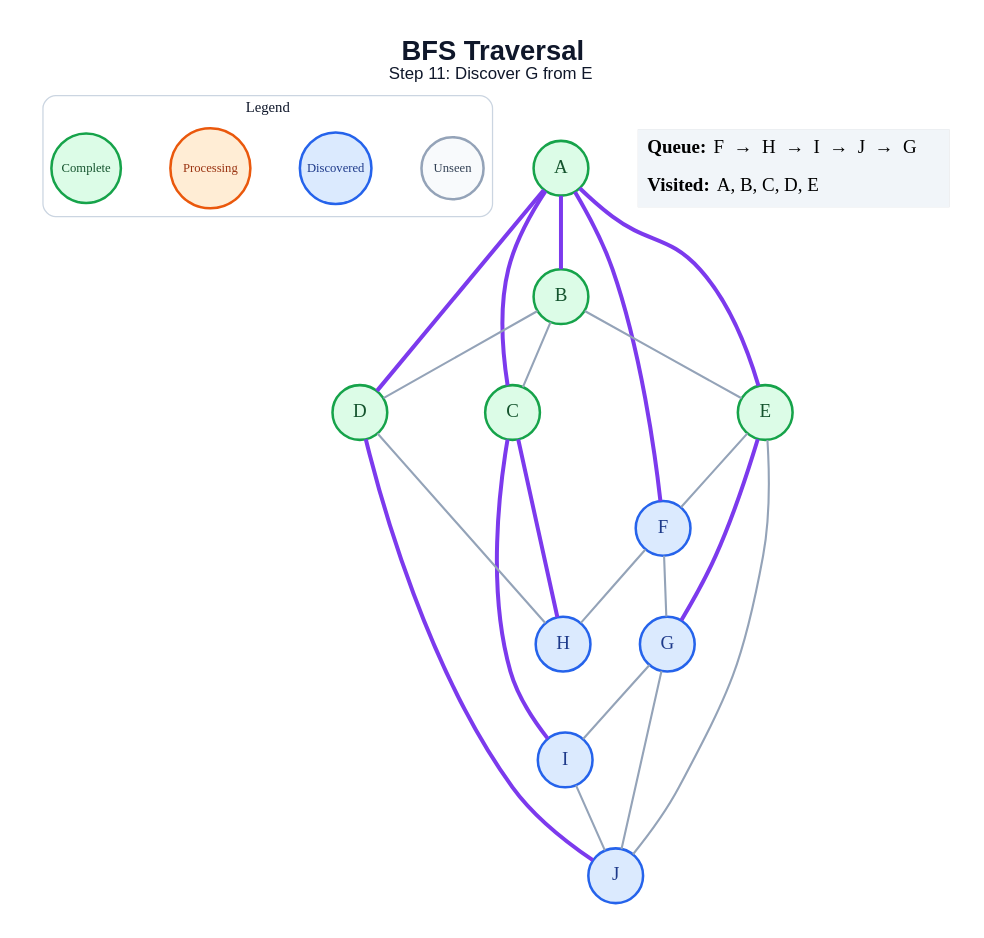
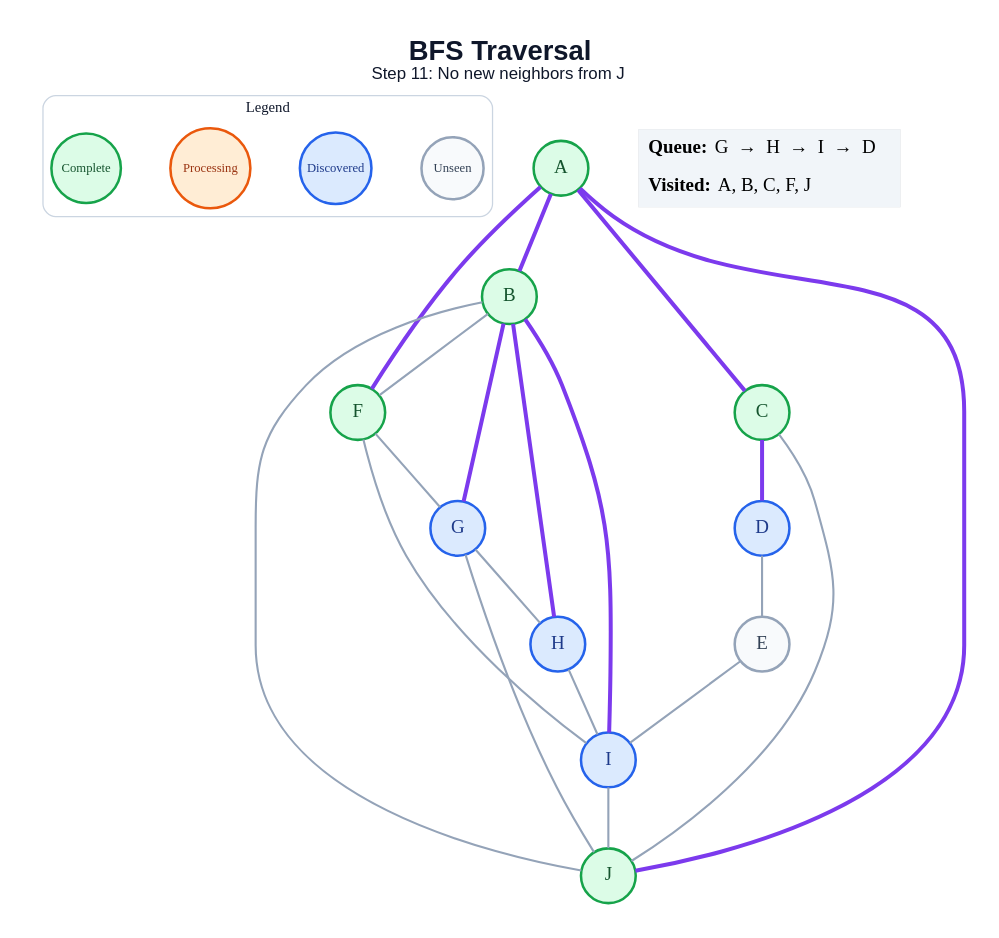
The diagram in generated/bfs/step_11.dot (amanghodawala9/ai-slop), drawn with Graphviz before and after one commit. The commit also changed 178 other files, not shown here.

```diff
--- a/generated/bfs/step_11.dot
+++ b/generated/bfs/step_11.dot
@@ -1,49 +1,48 @@
 graph traversal {
   graph [layout=dot, rankdir=TB, bgcolor="#FFFFFF", pad="0.35", nodesep="0.65", ranksep="0.8", fontname="Arial"];
   node [shape=circle, style="filled", fontname="Arial Bold", fontsize=18, width=0.72, fixedsize=true, penwidth=2.4];
   edge [color="#94A3B8", penwidth=2.0];
-  label=<<B>BFS Traversal</B><BR/><FONT POINT-SIZE="16">Step 11: Discover G from E</FONT>>; labelloc="t"; fontsize=26; fontname="Arial"; fontcolor="#0F172A";
+  label=<<B>BFS Traversal</B><BR/><FONT POINT-SIZE="16">Step 11: No new neighbors from J</FONT>>; labelloc="t"; fontsize=26; fontname="Arial"; fontcolor="#0F172A";
   subgraph cluster_legend { label="Legend"; color="#CBD5E1"; penwidth=1.2; style="rounded"; fontsize=14; fontname="Arial Bold";
     key_unseen [label="Unseen", fillcolor="#F8FAFC", color="#94A3B8", fontcolor="#334155", fontsize=12, width=0.82];
     key_frontier [label="Discovered", fillcolor="#DBEAFE", color="#2563EB", fontcolor="#1E3A8A", fontsize=12, width=0.95];
     key_current [label="Processing", fillcolor="#FFEDD5", color="#EA580C", fontcolor="#9A3412", fontsize=12, width=1.05];
     key_done [label="Complete", fillcolor="#DCFCE7", color="#16A34A", fontcolor="#14532D", fontsize=12, width=0.92];
     { rank=same; key_unseen; key_frontier; key_current; key_done; }
   }
   A [fillcolor="#DCFCE7", color="#16A34A", fontcolor="#14532D"];
   B [fillcolor="#DCFCE7", color="#16A34A", fontcolor="#14532D"];
   C [fillcolor="#DCFCE7", color="#16A34A", fontcolor="#14532D"];
-  D [fillcolor="#DCFCE7", color="#16A34A", fontcolor="#14532D"];
-  E [fillcolor="#DCFCE7", color="#16A34A", fontcolor="#14532D"];
-  F [fillcolor="#DBEAFE", color="#2563EB", fontcolor="#1E3A8A"];
+  D [fillcolor="#DBEAFE", color="#2563EB", fontcolor="#1E3A8A"];
+  E [fillcolor="#F8FAFC", color="#94A3B8", fontcolor="#334155"];
+  F [fillcolor="#DCFCE7", color="#16A34A", fontcolor="#14532D"];
   G [fillcolor="#DBEAFE", color="#2563EB", fontcolor="#1E3A8A"];
   H [fillcolor="#DBEAFE", color="#2563EB", fontcolor="#1E3A8A"];
   I [fillcolor="#DBEAFE", color="#2563EB", fontcolor="#1E3A8A"];
-  J [fillcolor="#DBEAFE", color="#2563EB", fontcolor="#1E3A8A"];
+  J [fillcolor="#DCFCE7", color="#16A34A", fontcolor="#14532D"];
   A -- B [color="#7C3AED", penwidth=3.8];
   A -- C [color="#7C3AED", penwidth=3.8];
-  A -- D [color="#7C3AED", penwidth=3.8];
-  A -- E [color="#7C3AED", penwidth=3.8];
   A -- F [color="#7C3AED", penwidth=3.8];
-  B -- C;
-  B -- D;
-  B -- E;
-  C -- H [color="#7C3AED", penwidth=3.8];
-  C -- I [color="#7C3AED", penwidth=3.8];
-  D -- H;
-  D -- J [color="#7C3AED", penwidth=3.8];
-  E -- F;
-  E -- G [color="#7C3AED", penwidth=3.8];
-  E -- J;
+  A -- J [color="#7C3AED", penwidth=3.8];
+  B -- F;
+  B -- G [color="#7C3AED", penwidth=3.8];
+  B -- H [color="#7C3AED", penwidth=3.8];
+  B -- I [color="#7C3AED", penwidth=3.8];
+  B -- J;
+  C -- D [color="#7C3AED", penwidth=3.8];
+  C -- J;
+  D -- E;
+  E -- I;
   F -- G;
-  F -- H;
-  G -- I;
+  F -- I;
+  G -- H;
   G -- J;
+  H -- I;
   I -- J;
   status [shape=plain, fixedsize=false, width=0, height=0, margin=0, label=<
     <TABLE BORDER="0" CELLBORDER="0" CELLPADDING="7" BGCOLOR="#F1F5F9">
-      <TR><TD ALIGN="LEFT"><B>Queue:</B> F  →  H  →  I  →  J  →  G</TD></TR>
-      <TR><TD ALIGN="LEFT"><B>Visited:</B> A, B, C, D, E</TD></TR>
+      <TR><TD ALIGN="LEFT"><B>Queue:</B> G  →  H  →  I  →  D</TD></TR>
+      <TR><TD ALIGN="LEFT"><B>Visited:</B> A, B, C, F, J</TD></TR>
     </TABLE>
   >];
 }
```
